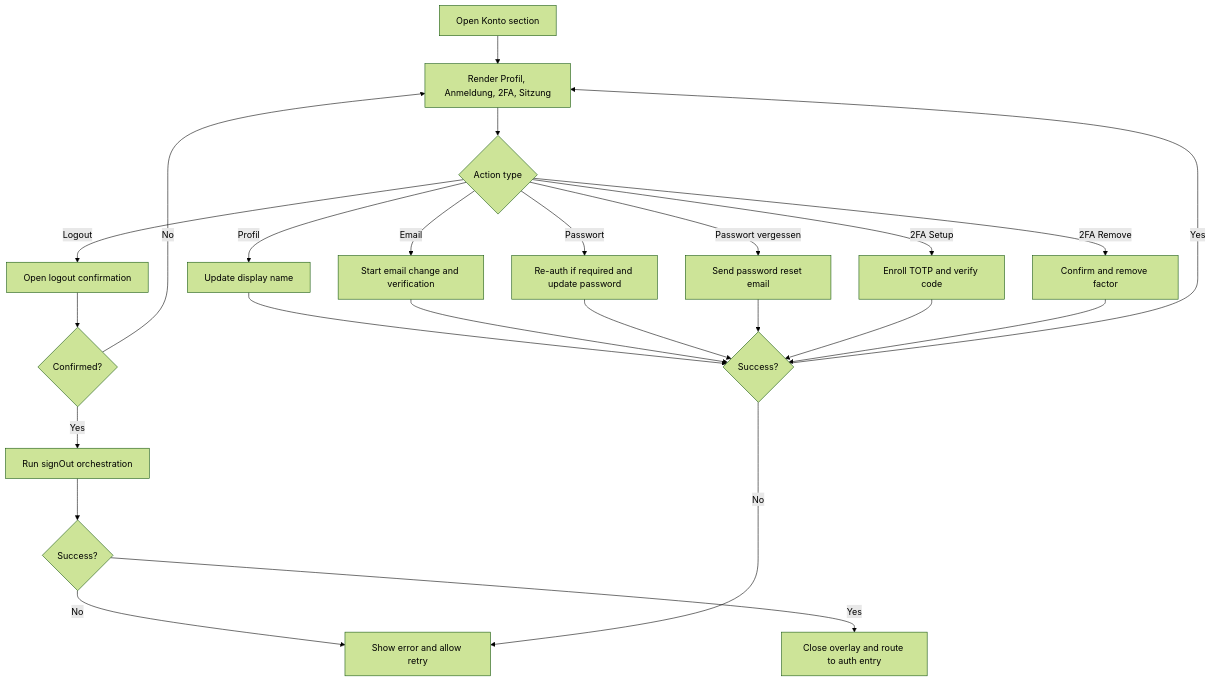
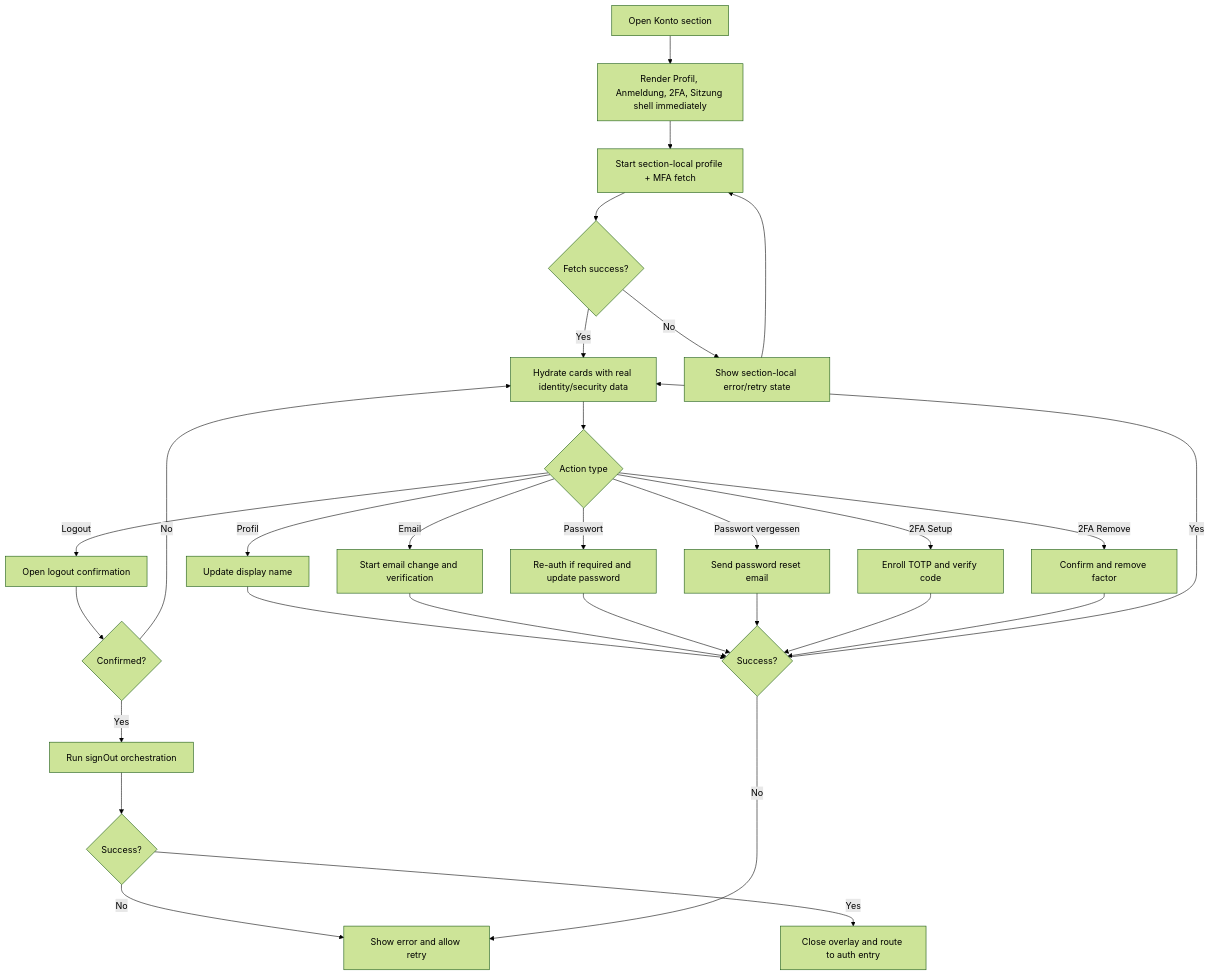
The first of 3 diagrams in docs/element-specs/account-settings-section.md (matkleve/feldpost), drawn with Mermaid (forest theme) before and after one commit. The commit also changed other lines of this file and 16 other files, not shown here.

````diff
--- a/docs/element-specs/account-settings-section.md
+++ b/docs/element-specs/account-settings-section.md
@@ -36,26 +37,31 @@
 ```mermaid
 flowchart TD
-    A[Open Konto section] --> B[Render Profil, Anmeldung, 2FA, Sitzung]
-    B --> C{Action type}
-    C -- Profil --> D[Update display name]
-    C -- Email --> E[Start email change and verification]
-    C -- Passwort --> F[Re-auth if required and update password]
-    C -- Passwort vergessen --> G[Send password reset email]
-    C -- 2FA Setup --> H[Enroll TOTP and verify code]
-    C -- 2FA Remove --> I[Confirm and remove factor]
-    C -- Logout --> J[Open logout confirmation]
-    D --> K{Success?}
-    E --> K
-    F --> K
-    G --> K
-    H --> K
-    I --> K
-    J --> L{Confirmed?}
-    L -- Yes --> M[Run signOut orchestration]
-    L -- No --> B
-    M --> N{Success?}
-    N -- Yes --> O[Close overlay and route to auth entry]
-    N -- No --> P[Show error and allow retry]
-    K -- Yes --> B
-    K -- No --> P
+    A[Open Konto section] --> B[Render Profil, Anmeldung, 2FA, Sitzung shell immediately]
+    B --> C[Start section-local profile + MFA fetch]
+    C --> D{Fetch success?}
+    D -- Yes --> E[Hydrate cards with real identity/security data]
+    D -- No --> F[Show section-local error/retry state]
+    F --> C
+    E --> G{Action type}
+    G -- Profil --> H[Update display name]
+    G -- Email --> I[Start email change and verification]
+    G -- Passwort --> J[Re-auth if required and update password]
+    G -- Passwort vergessen --> K[Send password reset email]
+    G -- 2FA Setup --> L[Enroll TOTP and verify code]
+    G -- 2FA Remove --> M[Confirm and remove factor]
+    G -- Logout --> N[Open logout confirmation]
+    H --> O{Success?}
+    I --> O
+    J --> O
+    K --> O
+    L --> O
+    M --> O
+    N --> P{Confirmed?}
+    P -- Yes --> Q[Run signOut orchestration]
+    P -- No --> E
+    Q --> R{Success?}
+    R -- Yes --> S[Close overlay and route to auth entry]
+    R -- No --> T[Show error and allow retry]
+    O -- Yes --> E
+    O -- No --> T
 ```
````
